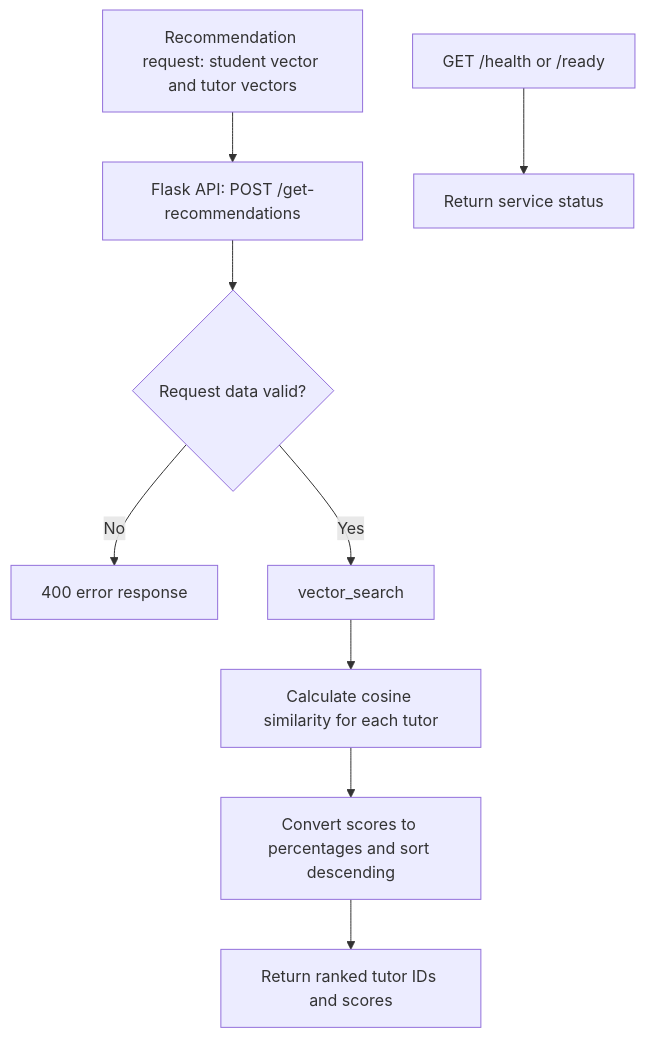
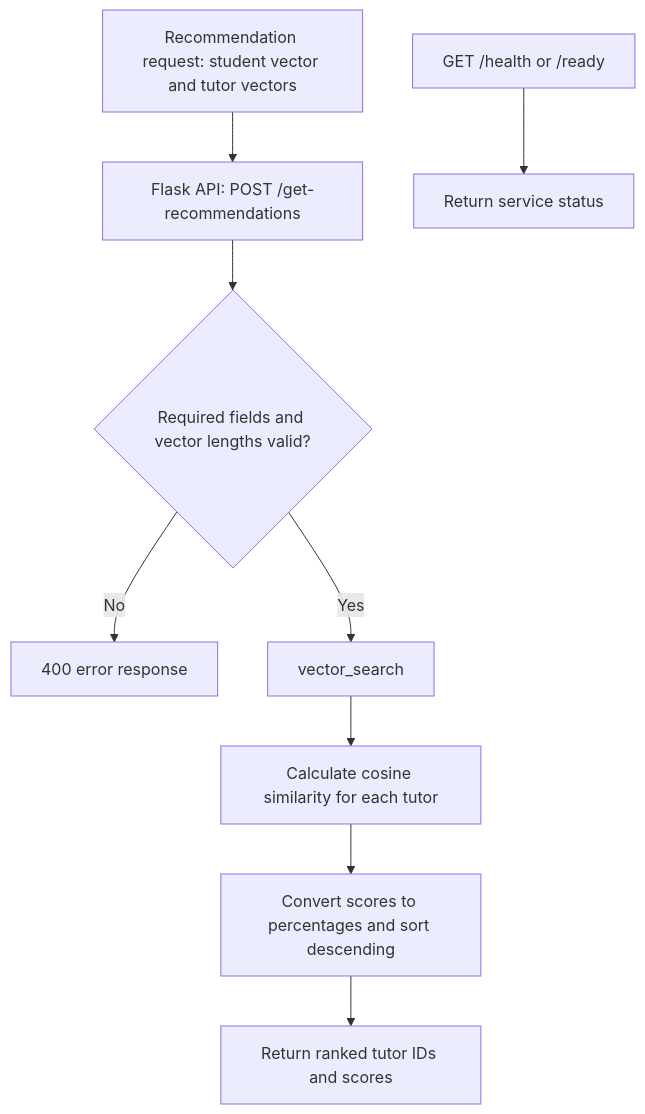
The diagram in docs/architecture/matching-system.md (Y4TutorProject/Y4TutorPlatform), drawn with Mermaid before and after one commit. The commit also changed other lines of this file and 4 other files, not shown here.

````diff
--- a/docs/architecture/matching-system.md
+++ b/docs/architecture/matching-system.md
@@ -97,11 +102,11 @@
 ```mermaid
 flowchart TD
     request[Recommendation request: student vector and tutor vectors] --> api[Flask API: POST /get-recommendations]
-    api --> validate{Request data valid?}
+    api --> validate{Required fields and vector lengths valid?}
     validate -->|No| badRequest[400 error response]
     validate -->|Yes| search[vector_search]
     search --> similarity[Calculate cosine similarity for each tutor]
     similarity --> rank[Convert scores to percentages and sort descending]
     rank --> response[Return ranked tutor IDs and scores]
     health[GET /health or /ready] --> healthResponse[Return service status]
 ```
````
